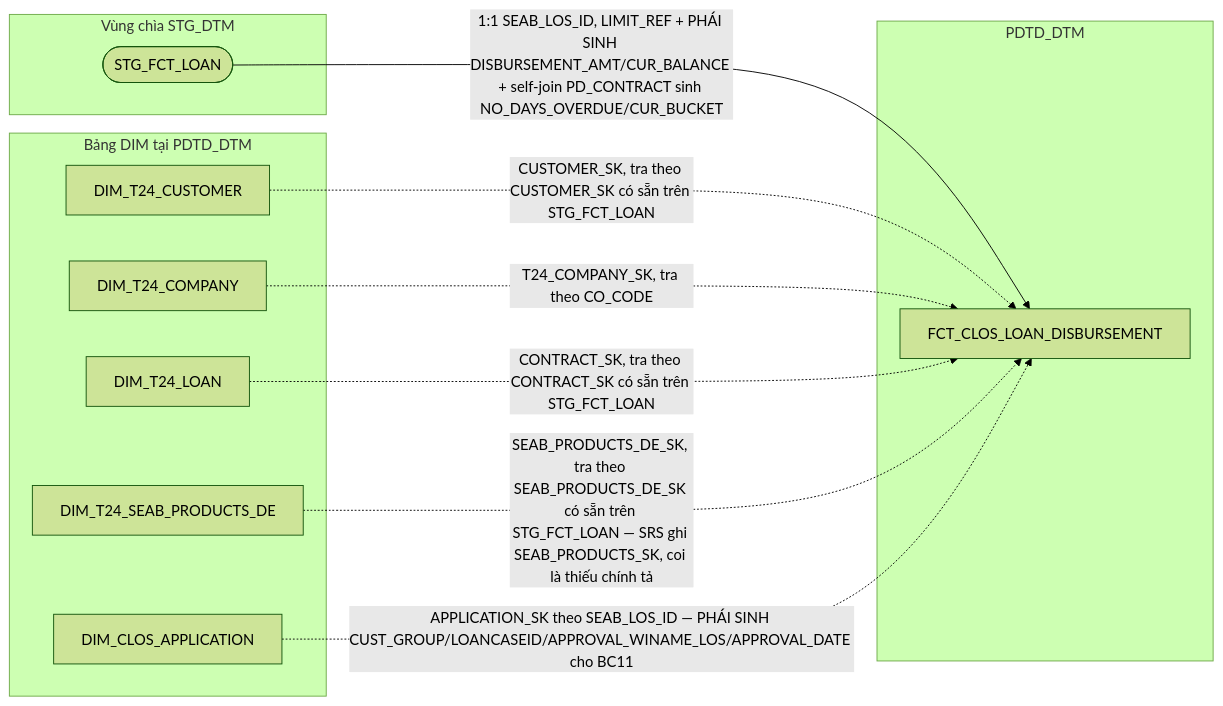
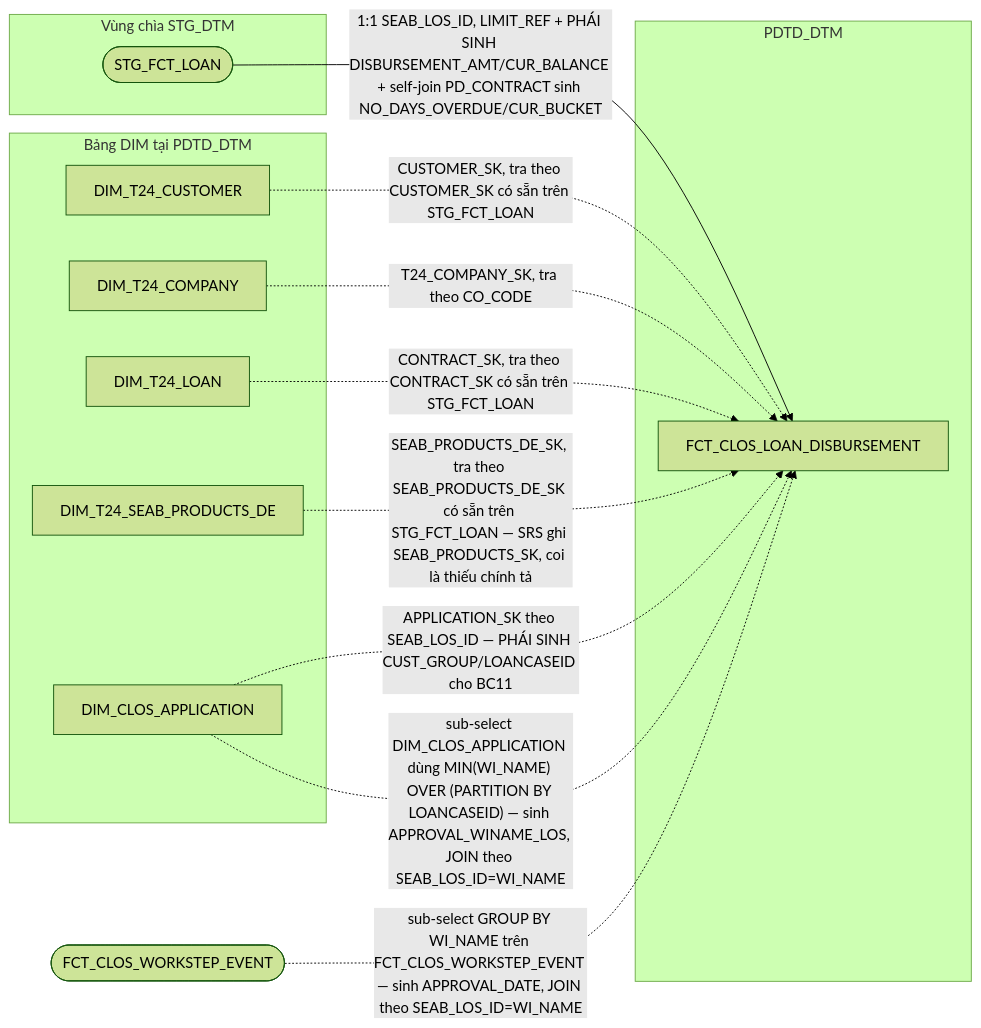
One commit to chien1198/sb-mapping-gen changed the ninth of 19 diagrams in hld/hld_review/HLD_FCT_PDTD_DTM_review.md. Above: the diagram before and after it, drawn with Mermaid (forest theme). The commit also changed other lines of this file and 124 other files, not shown here.

````diff
--- a/hld/hld_review/HLD_FCT_PDTD_DTM_review.md
+++ b/hld/hld_review/HLD_FCT_PDTD_DTM_review.md
@@ -537,22 +531,24 @@
 ```mermaid
 flowchart LR
     subgraph STG_DTM["Vùng chìa STG_DTM"]
         SA(["STG_FCT_LOAN"])
     end
     subgraph DIM_DTM["Bảng DIM tại PDTD_DTM"]
         CUST["DIM_T24_CUSTOMER"]
         COMP["DIM_T24_COMPANY"]
         LOAN["DIM_T24_LOAN"]
         PROD["DIM_T24_SEAB_PRODUCTS_DE"]
         CAPP["DIM_CLOS_APPLICATION"]
     end
     subgraph PDTD_DTM
         E["FCT_CLOS_LOAN_DISBURSEMENT"]
     end
     SA -->|1:1 SEAB_LOS_ID, LIMIT_REF + PHÁI SINH DISBURSEMENT_AMT/CUR_BALANCE + self-join PD_CONTRACT sinh NO_DAYS_OVERDUE/CUR_BUCKET| E
     CUST -.->|CUSTOMER_SK, tra theo CUSTOMER_SK có sẵn trên STG_FCT_LOAN| E
     COMP -.->|T24_COMPANY_SK, tra theo CO_CODE| E
     LOAN -.->|CONTRACT_SK, tra theo CONTRACT_SK có sẵn trên STG_FCT_LOAN| E
     PROD -.->|SEAB_PRODUCTS_DE_SK, tra theo SEAB_PRODUCTS_DE_SK có sẵn trên STG_FCT_LOAN — SRS ghi SEAB_PRODUCTS_SK, coi là thiếu chính tả| E
-    CAPP -.->|APPLICATION_SK theo SEAB_LOS_ID — PHÁI SINH CUST_GROUP/LOANCASEID/APPROVAL_WINAME_LOS/APPROVAL_DATE cho BC11| E
+    CAPP -.->|APPLICATION_SK theo SEAB_LOS_ID — PHÁI SINH CUST_GROUP/LOANCASEID cho BC11| E
+    CAPP -.->|"sub-select DIM_CLOS_APPLICATION dùng MIN(WI_NAME) OVER (PARTITION BY LOANCASEID) — sinh APPROVAL_WINAME_LOS, JOIN theo SEAB_LOS_ID=WI_NAME"| E
+    WE(["FCT_CLOS_WORKSTEP_EVENT"]) -.->|"sub-select GROUP BY WI_NAME trên FCT_CLOS_WORKSTEP_EVENT — sinh APPROVAL_DATE, JOIN theo SEAB_LOS_ID=WI_NAME"| E
 ```
````
